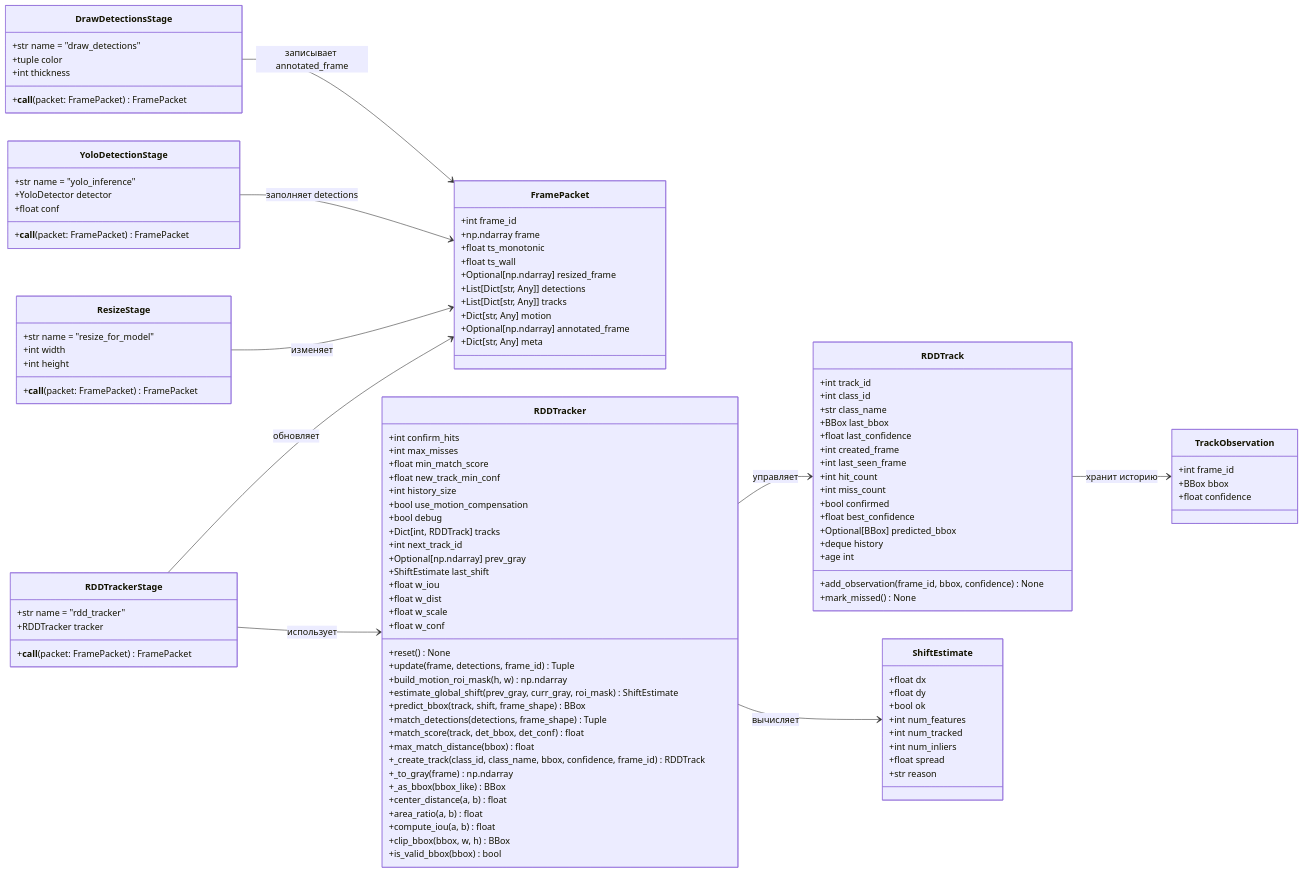
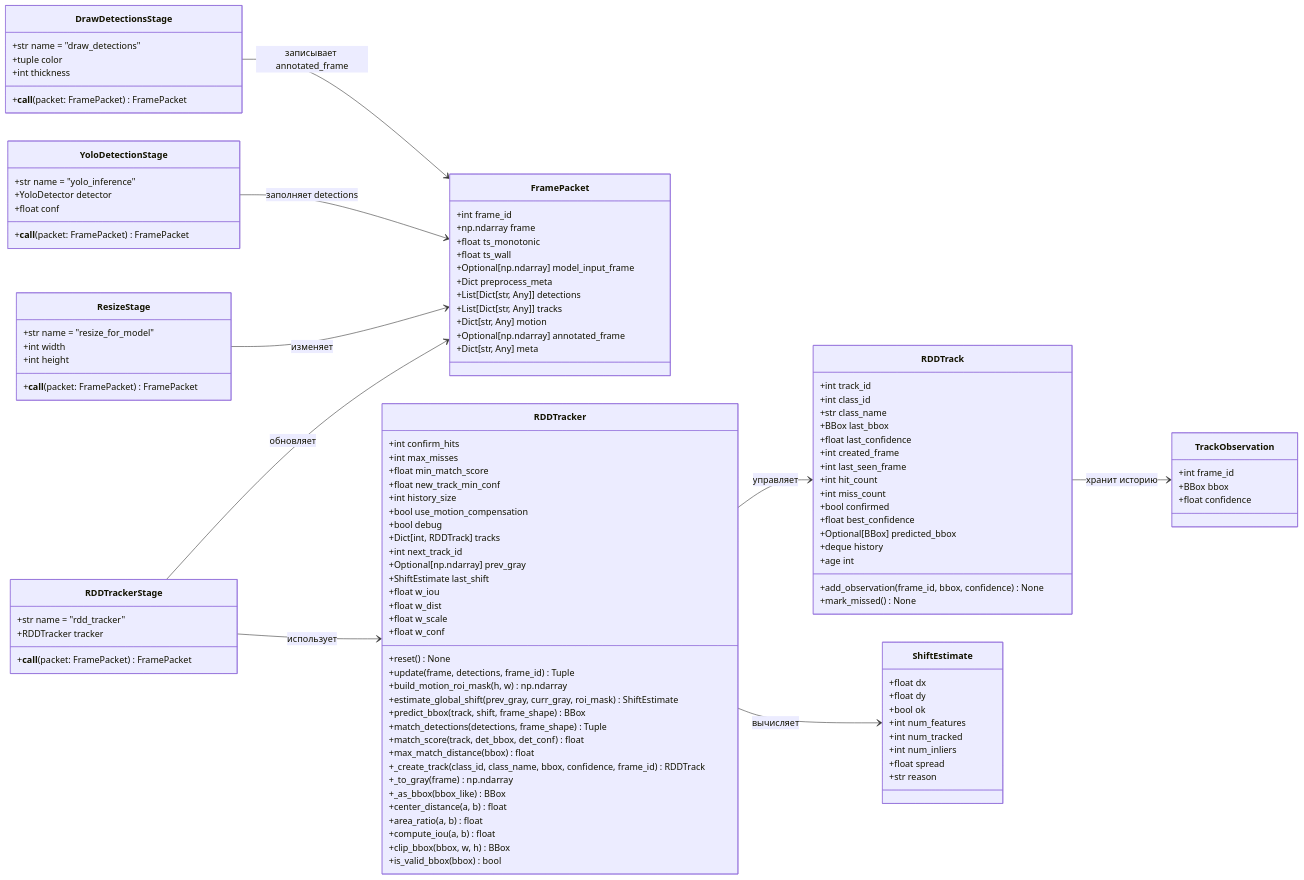
The diagram in tracking/class_diagramm.mmd (userGl/road_monitoring), drawn with Mermaid before and after one commit. The commit also changed 5 other files, not shown here.

```diff
--- a/tracking/class_diagramm.mmd
+++ b/tracking/class_diagramm.mmd
@@ -1,121 +1,122 @@
 classDiagram
     direction LR
 
     class FramePacket {
         +int frame_id
         +np.ndarray frame
         +float ts_monotonic
         +float ts_wall
-        +Optional[np.ndarray] resized_frame
+        +Optional[np.ndarray] model_input_frame
+        +Dict preprocess_meta
         +List[Dict[str, Any]] detections
         +List[Dict[str, Any]] tracks
         +Dict[str, Any] motion
         +Optional[np.ndarray] annotated_frame
         +Dict[str, Any] meta
     }
 
     class RDDTrackerStage {
         +str name = "rdd_tracker"
         +RDDTracker tracker
         +__call__(packet: FramePacket) FramePacket
     }
 
     class RDDTracker {
         +int confirm_hits
         +int max_misses
         +float min_match_score
         +float new_track_min_conf
         +int history_size
         +bool use_motion_compensation
         +bool debug
         +Dict[int, RDDTrack] tracks
         +int next_track_id
         +Optional[np.ndarray] prev_gray
         +ShiftEstimate last_shift
         +float w_iou
         +float w_dist
         +float w_scale
         +float w_conf
         +reset() None
         +update(frame, detections, frame_id) Tuple
         +build_motion_roi_mask(h, w) np.ndarray
         +estimate_global_shift(prev_gray, curr_gray, roi_mask) ShiftEstimate
         +predict_bbox(track, shift, frame_shape) BBox
         +match_detections(detections, frame_shape) Tuple
         +match_score(track, det_bbox, det_conf) float
         +max_match_distance(bbox) float
         +_create_track(class_id, class_name, bbox, confidence, frame_id) RDDTrack
         +_to_gray(frame) np.ndarray
         +_as_bbox(bbox_like) BBox
         +center_distance(a, b) float
         +area_ratio(a, b) float
         +compute_iou(a, b) float
         +clip_bbox(bbox, w, h) BBox
         +is_valid_bbox(bbox) bool
     }
 
     class RDDTrack {
         +int track_id
         +int class_id
         +str class_name
         +BBox last_bbox
         +float last_confidence
         +int created_frame
         +int last_seen_frame
         +int hit_count
         +int miss_count
         +bool confirmed
         +float best_confidence
         +Optional[BBox] predicted_bbox
         +deque history
         +add_observation(frame_id, bbox, confidence) None
         +mark_missed() None
         +age int
     }
 
     class TrackObservation {
         +int frame_id
         +BBox bbox
         +float confidence
     }
 
     class ShiftEstimate {
         +float dx
         +float dy
         +bool ok
         +int num_features
         +int num_tracked
         +int num_inliers
         +float spread
         +str reason
     }
 
     class ResizeStage {
         +str name = "resize_for_model"
         +int width
         +int height
         +__call__(packet: FramePacket) FramePacket
     }
 
     class YoloDetectionStage {
         +str name = "yolo_inference"
         +YoloDetector detector
         +float conf
         +__call__(packet: FramePacket) FramePacket
     }
 
     class DrawDetectionsStage {
         +str name = "draw_detections"
         +tuple color
         +int thickness
         +__call__(packet: FramePacket) FramePacket
     }
 
     RDDTrackerStage --> RDDTracker : использует
     RDDTrackerStage --> FramePacket : обновляет
     RDDTracker --> RDDTrack : управляет
     RDDTrack --> TrackObservation : хранит историю
     RDDTracker --> ShiftEstimate : вычисляет
     ResizeStage --> FramePacket : изменяет
     YoloDetectionStage --> FramePacket : заполняет detections
     DrawDetectionsStage --> FramePacket : записывает annotated_frame
```
